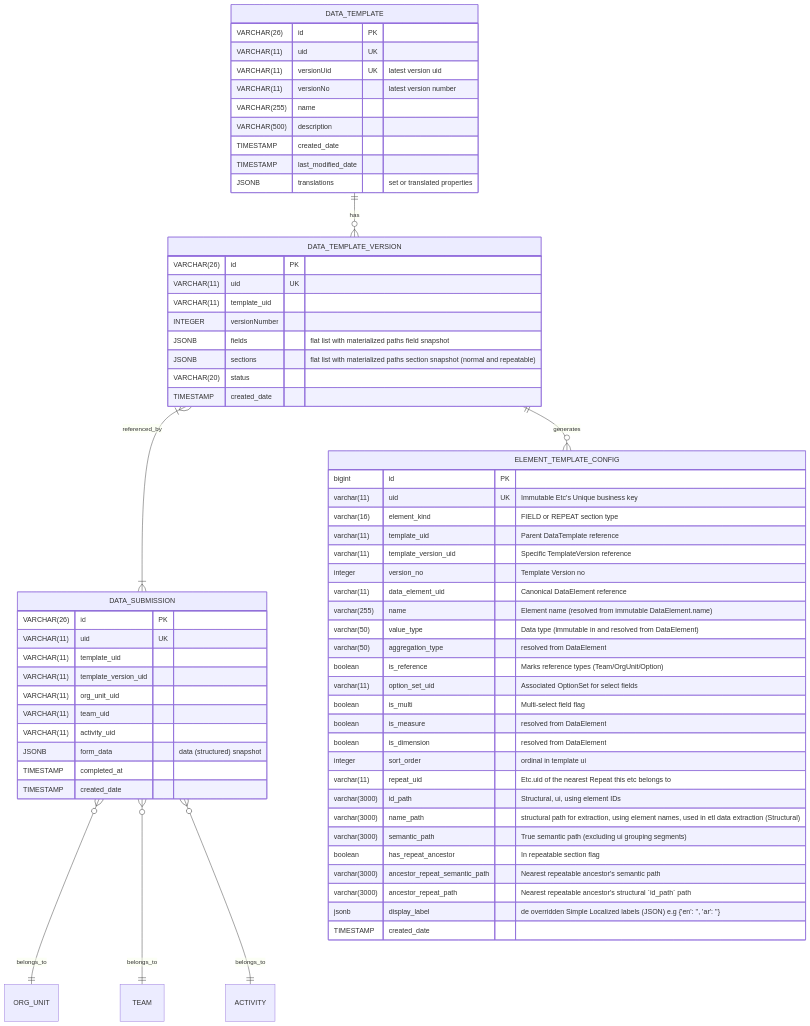
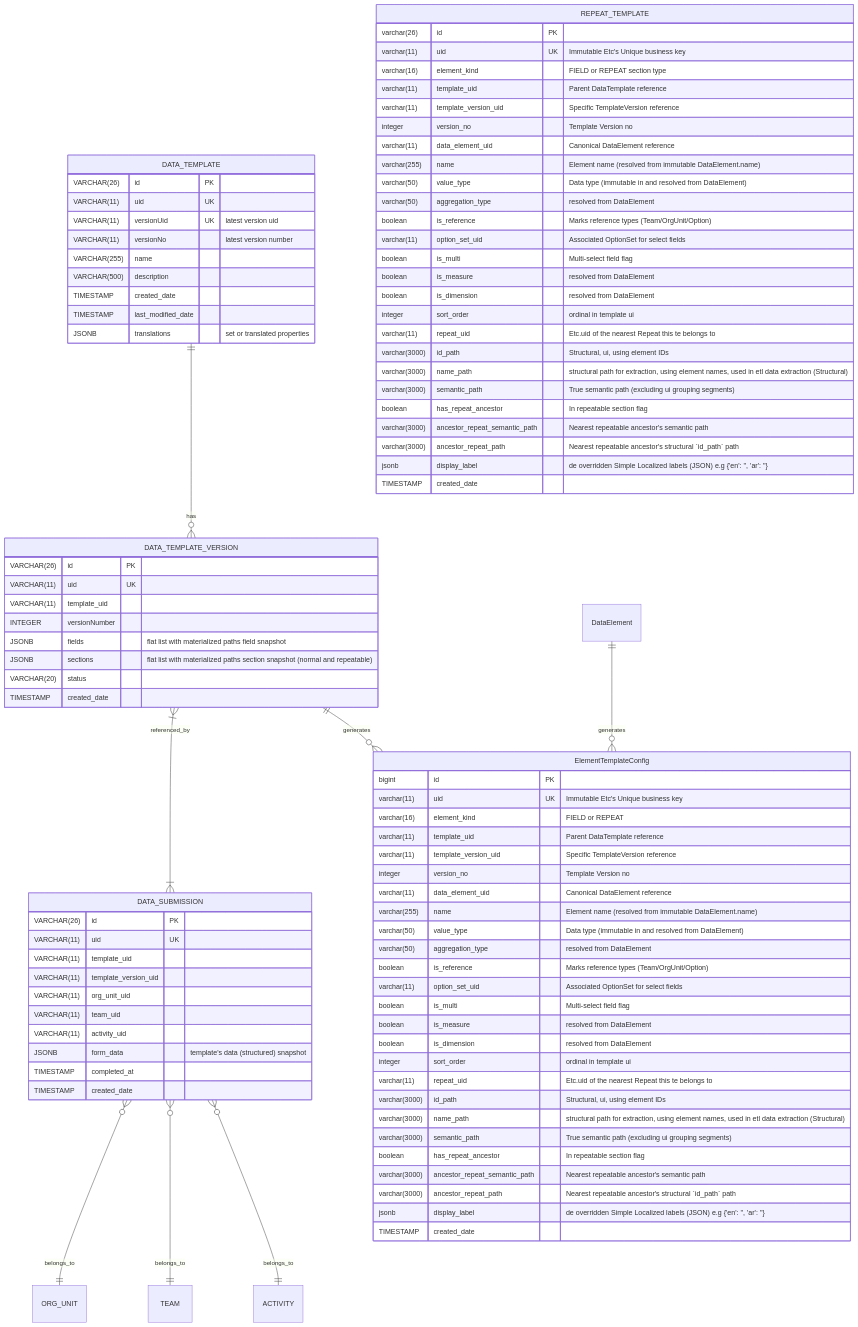
The fourth of 5 diagrams in brainstorming-notes/datarun-analytics-grid/001-initial-project-status.md (DataRun-ye/data-run-api), drawn with Mermaid before and after one commit. The commit also changed other lines of this file and 137 other files, not shown here.

```diff
--- a/brainstorming-notes/datarun-analytics-grid/001-initial-project-status.md
+++ b/brainstorming-notes/datarun-analytics-grid/001-initial-project-status.md
@@ -180,37 +258,24 @@
         TIMESTAMP created_date
     }
 
-    DATA_SUBMISSION {
-        VARCHAR(26) id PK
-        VARCHAR(11) uid UK
-        VARCHAR(11) template_uid
-        VARCHAR(11) template_version_uid
-        VARCHAR(11) org_unit_uid
-        VARCHAR(11) team_uid
-        VARCHAR(11) activity_uid
-        JSONB form_data "data (structured) snapshot"
-        TIMESTAMP completed_at
-        TIMESTAMP created_date
-    }
-
-    ELEMENT_TEMPLATE_CONFIG {
+    ElementTemplateConfig {
         bigint id PK
         varchar(11) uid UK "Immutable Etc's Unique business key"
-        varchar(16) element_kind "FIELD or REPEAT section type"
+        varchar(16) element_kind "FIELD or REPEAT"
         varchar(11) template_uid "Parent DataTemplate reference"
         varchar(11) template_version_uid "Specific TemplateVersion reference"
-        integer version_no  "Template Version no"
+        integer version_no "Template Version no"
         varchar(11) data_element_uid "Canonical DataElement reference"
         varchar(255) name "Element name (resolved from immutable DataElement.name)"
         varchar(50) value_type "Data type (immutable in and resolved from DataElement)"
-        varchar(50) aggregation_type    "resolved from DataElement"
+        varchar(50) aggregation_type "resolved from DataElement"
         boolean is_reference "Marks reference types (Team/OrgUnit/Option)"
         varchar(11) option_set_uid "Associated OptionSet for select fields"
         boolean is_multi "Multi-select field flag"
-        boolean is_measure  "resolved from DataElement"
+        boolean is_measure "resolved from DataElement"
         boolean is_dimension "resolved from DataElement"
-        integer sort_order  "ordinal in template ui"
-        varchar(11) repeat_uid "Etc.uid of the nearest Repeat this etc belongs to"
+        integer sort_order "ordinal in template ui"
+        varchar(11) repeat_uid "Etc.uid of the nearest Repeat this te belongs to"
         varchar(3000) id_path "Structural, ui, using element IDs"
         varchar(3000) name_path "structural path for extraction, using element names, used in etl data extraction (Structural)"
         varchar(3000) semantic_path "True semantic path (excluding ui grouping segments)"
@@ -221,9 +286,51 @@
         TIMESTAMP created_date
     }
 
+    REPEAT_TEMPLATE {
+        varchar(26) id PK
+        varchar(11) uid UK "Immutable Etc's Unique business key"
+        varchar(16) element_kind "FIELD or REPEAT section type"
+        varchar(11) template_uid "Parent DataTemplate reference"
+        varchar(11) template_version_uid "Specific TemplateVersion reference"
+        integer version_no "Template Version no"
+        varchar(11) data_element_uid "Canonical DataElement reference"
+        varchar(255) name "Element name (resolved from immutable DataElement.name)"
+        varchar(50) value_type "Data type (immutable in and resolved from DataElement)"
+        varchar(50) aggregation_type "resolved from DataElement"
+        boolean is_reference "Marks reference types (Team/OrgUnit/Option)"
+        varchar(11) option_set_uid "Associated OptionSet for select fields"
+        boolean is_multi "Multi-select field flag"
+        boolean is_measure "resolved from DataElement"
+        boolean is_dimension "resolved from DataElement"
+        integer sort_order "ordinal in template ui"
+        varchar(11) repeat_uid "Etc.uid of the nearest Repeat this te belongs to"
+        varchar(3000) id_path "Structural, ui, using element IDs"
+        varchar(3000) name_path "structural path for extraction, using element names, used in etl data extraction (Structural)"
+        varchar(3000) semantic_path "True semantic path (excluding ui grouping segments)"
+        boolean has_repeat_ancestor "In repeatable section flag"
+        varchar(3000) ancestor_repeat_semantic_path "Nearest repeatable ancestor's semantic path"
+        varchar(3000) ancestor_repeat_path "Nearest repeatable ancestor's structural `id_path` path"
+        jsonb display_label "de overridden Simple Localized labels (JSON) e.g {'en': '', 'ar': ''}"
+        TIMESTAMP created_date
+    }
+
+    DATA_SUBMISSION {
+        VARCHAR(26) id PK
+        VARCHAR(11) uid UK
+        VARCHAR(11) template_uid
+        VARCHAR(11) template_version_uid
+        VARCHAR(11) org_unit_uid
+        VARCHAR(11) team_uid
+        VARCHAR(11) activity_uid
+        JSONB form_data "template's data (structured) snapshot"
+        TIMESTAMP completed_at
+        TIMESTAMP created_date
+    }
+
     DATA_TEMPLATE ||--o{ DATA_TEMPLATE_VERSION: has
     DATA_TEMPLATE_VERSION }|--|{ DATA_SUBMISSION: referenced_by
-    DATA_TEMPLATE_VERSION ||--o{ ELEMENT_TEMPLATE_CONFIG: generates
+    DATA_TEMPLATE_VERSION ||--o{ ElementTemplateConfig: generates
+    DataElement ||--o{ ElementTemplateConfig: generates
     DATA_SUBMISSION }o--|| ORG_UNIT: belongs_to
     DATA_SUBMISSION }o--|| TEAM: belongs_to
     DATA_SUBMISSION }o--|| ACTIVITY: belongs_to
```
